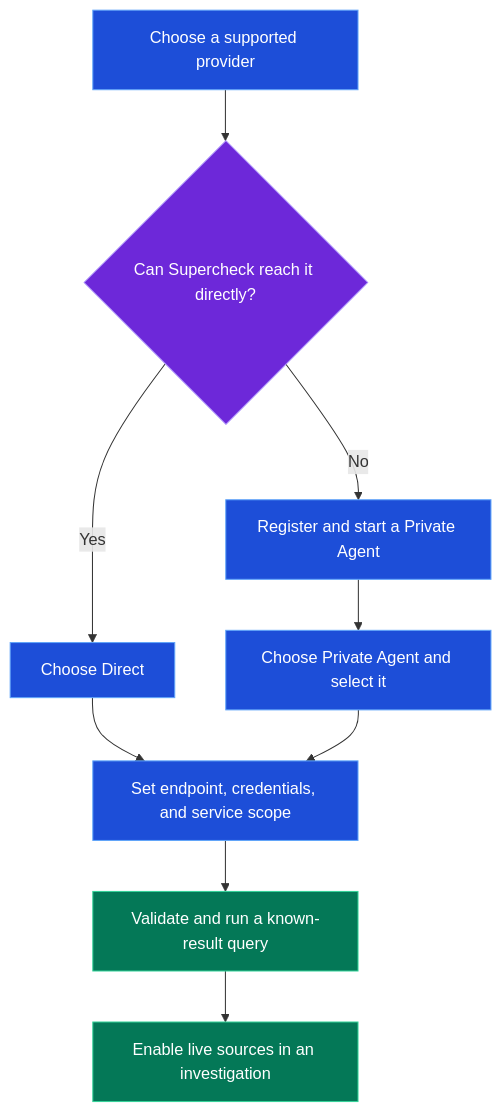
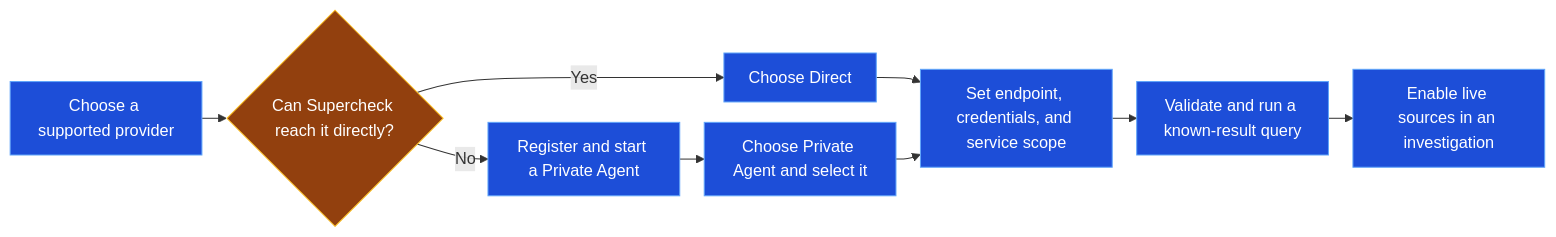
The diagram in docs/content/docs/app/investigate/connectors.mdx (supercheck-io/supercheck), drawn with Mermaid before and after one commit. The commit also changed other lines of this file and 5 other files, not shown here.

````diff
--- a/docs/content/docs/app/investigate/connectors.mdx
+++ b/docs/content/docs/app/investigate/connectors.mdx
@@ -43,18 +43,17 @@
 ```mermaid
-flowchart TB
+%%{init: {"flowchart":{"nodeSpacing":20,"rankSpacing":24,"padding":12,"wrappingWidth":140}}}%%
+flowchart LR
     Provider[Choose a supported provider] --> Reachable{Can Supercheck reach it directly?}
     Reachable -->|Yes|Direct[Choose Direct]
     Reachable -->|No|Agent[Register and start a Private Agent]
     Agent --> Private[Choose Private Agent and select it]
     Direct --> Configure[Set endpoint, credentials, and service scope]
     Private --> Configure
     Configure --> Validate[Validate and run a known-result query]
     Validate --> Use[Enable live sources in an investigation]
 
     classDef action fill:#1d4ed8,stroke:#60a5fa,color:#fff
-    classDef choice fill:#6d28d9,stroke:#a78bfa,color:#fff
-    classDef success fill:#047857,stroke:#34d399,color:#fff
-    class Provider,Direct,Agent,Private,Configure action
-    class Reachable choice
-    class Validate,Use success
+    classDef decision fill:#92400e,stroke:#fbbf24,color:#fff
+    class Provider,Direct,Agent,Private,Configure,Validate,Use action
+    class Reachable decision
 ```
````
